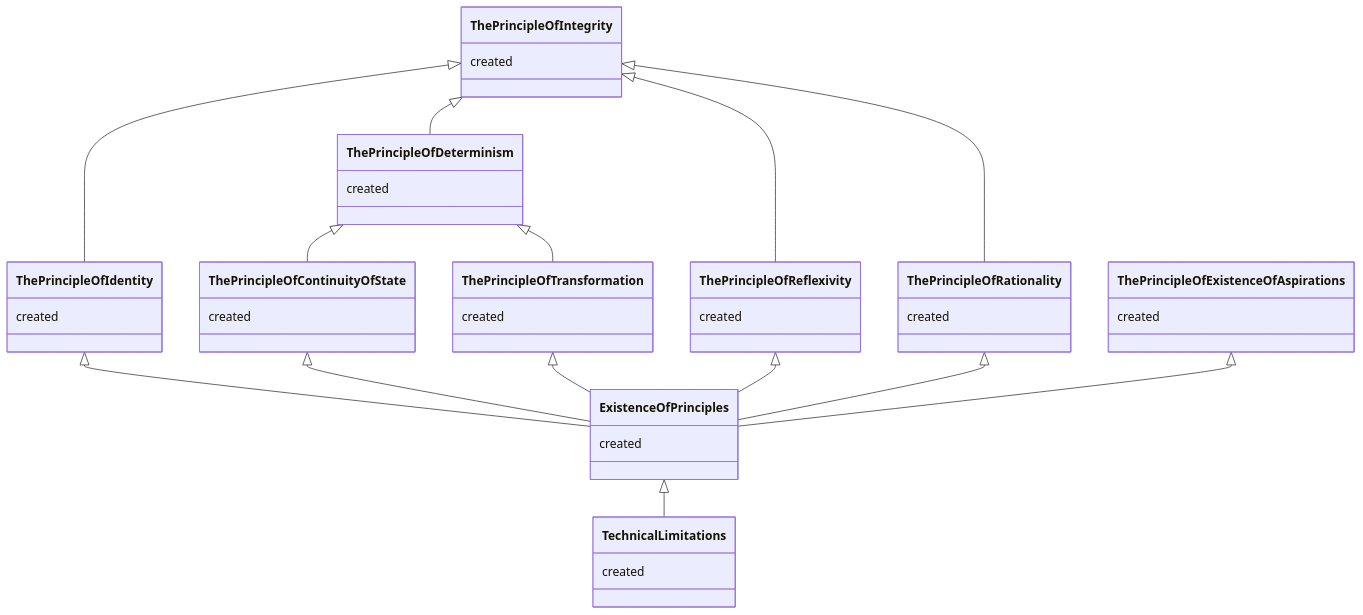
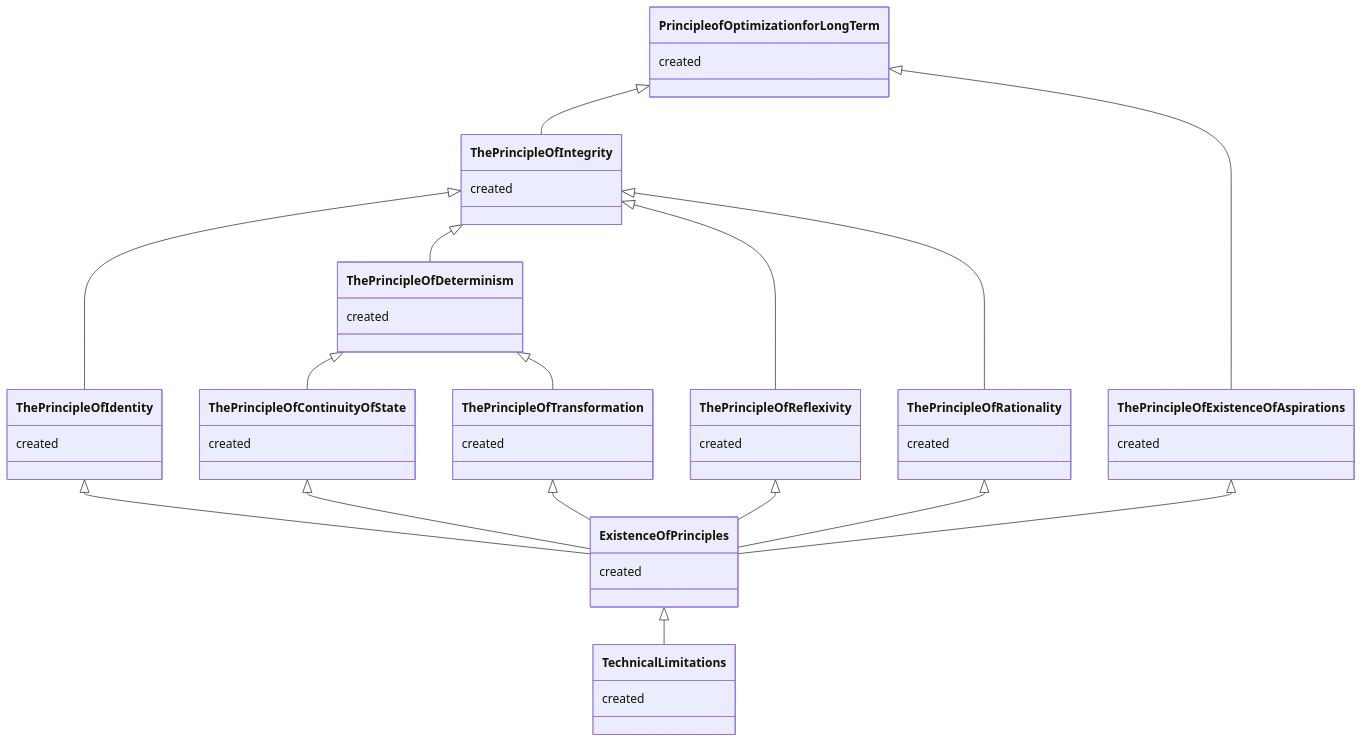
Before and after one commit to the-laurel/chain-proposals: the third of 6 diagrams in evmos/PrecedenceGraph.md, drawn with Mermaid. The commit also changed other lines of this file, not shown here.

````diff
--- a/evmos/PrecedenceGraph.md
+++ b/evmos/PrecedenceGraph.md
@@ -71,72 +76,82 @@
 ```mermaid
 classDiagram
 
 class Technical Limitations {
   created
 }
 link Technical Limitations "https://github.com/the-laurel/chain-proposals/edit/main/evmos/PrecedenceGraph.md#technical-limitations"
 
 class The Principle Of Determinism  {
   created
 }
 link The Principle Of Determinism "https://github.com/the-laurel/chain-proposals/blob/main/evmos/PrincipleOfDeterminism.md"
 
 class The Principle Of Reflexivity  {
   created
 }
 link The Principle Of Reflexivity "https://github.com/the-laurel/chain-proposals/blob/main/evmos/PrincipleOfReflexivity.md" 
 
 class The Principle Of Identity  {
   created
 }
 link The Principle Of Identity "https://github.com/the-laurel/chain-proposals/blob/main/evmos/PrincipleOfIdentity.md" 
 
 class The Principle Of Transformation  {
   created
 }
 link The Principle Of Transformation "https://github.com/the-laurel/chain-proposals/blob/main/evmos/PrincipleOfTransformation.md" 
 
 class Existence Of Principles {
   created
 }
 link Existence Of Principles "https://github.com/the-laurel/chain-proposals/blob/main/evmos/ExistenceOfPrinciples.md" 
 
 class The Principle Of Integrity {
   created
 }
 link The Principle Of Integrity "https://github.com/the-laurel/chain-proposals/blob/main/evmos/PrincipleOfIntegrity.md"
 
 class The Principle Of Rationality {
   created
 }
 link The Principle Of Rationality "https://github.com/the-laurel/chain-proposals/blob/main/evmos/PrincipleOfRationality.md" 
 
 class The Principle Of Existence Of Aspirations {
   created
 }
 link The Principle Of Existence Of Aspirations "https://github.com/the-laurel/chain-proposals/blob/main/evmos/PrincipleOfExistenceOfAspirations.md" 
 
+
+class Principle of Optimization for LongTerm {
+  created
+}
+link Principle of Optimization for LongTerm "https://github.com/the-laurel/chain-proposals/blob/main/evmos/PrincipleOfOptimizationForLongTerm.md" 
+
+
 class The Principle Of Continuity Of State {
   created
 }
 link The Principle Of Continuity Of State "https://github.com/the-laurel/chain-proposals/blob/main/evmos/PrincipleOfContinuityOfState.md"
+
+Principle of Optimization for LongTerm <|-- The Principle Of Existence Of Aspirations
+Principle of Optimization for LongTerm <|-- The Principle Of Integrity
 
 The Principle Of Integrity  <|-- The Principle Of Determinism
 The Principle Of Integrity  <|-- The Principle Of Reflexivity
 The Principle Of Integrity  <|-- The Principle Of Identity
 The Principle Of Integrity  <|-- The Principle Of Rationality
 
 The Principle Of Determinism <|-- The Principle Of Transformation
 The Principle Of Determinism <|-- The Principle Of Continuity Of State
 
 The Principle Of Identity  <|-- Existence Of Principles 
 The Principle Of Continuity Of State  <|-- Existence Of Principles 
 The Principle Of Transformation <|-- Existence Of Principles 
 The Principle Of Reflexivity <|-- Existence Of Principles 
 The Principle Of Rationality <|-- Existence Of Principles
 The Principle Of Existence Of Aspirations <|-- Existence Of Principles
 
 Existence Of Principles <|-- Technical Limitations
 
 
 ```
````
